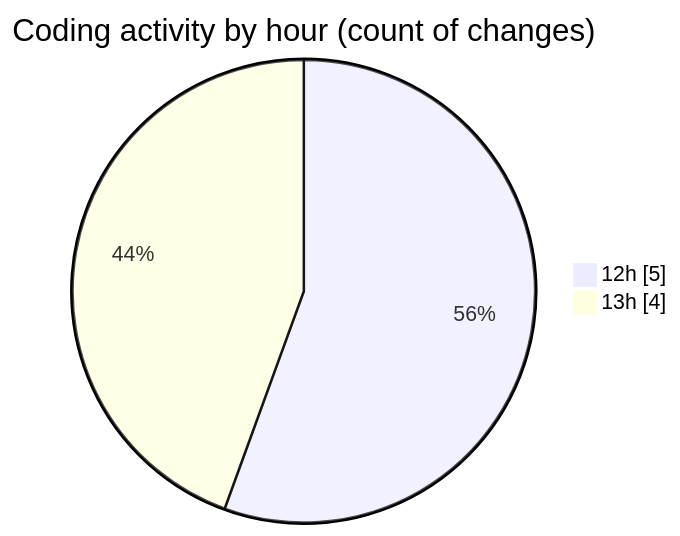
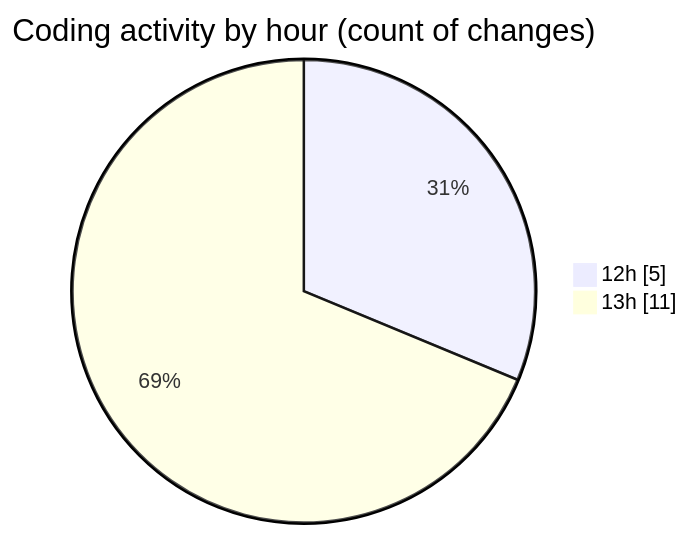
One commit to MatusMokan/code-tracking changed the second of 2 diagrams in 2025-04-19/myws__workspace_/README.md. Above: the diagram before and after it, drawn with Mermaid. The commit also changed other lines of this file and 1 other file, not shown here.

````diff
--- a/2025-04-19/myws__workspace_/README.md
+++ b/2025-04-19/myws__workspace_/README.md
@@ -30,6 +31,6 @@
 ```mermaid
 pie showData
 title Coding activity by hour (count of changes)
 "12h" : 5
-"13h" : 4
+"13h" : 11
 ```
````
